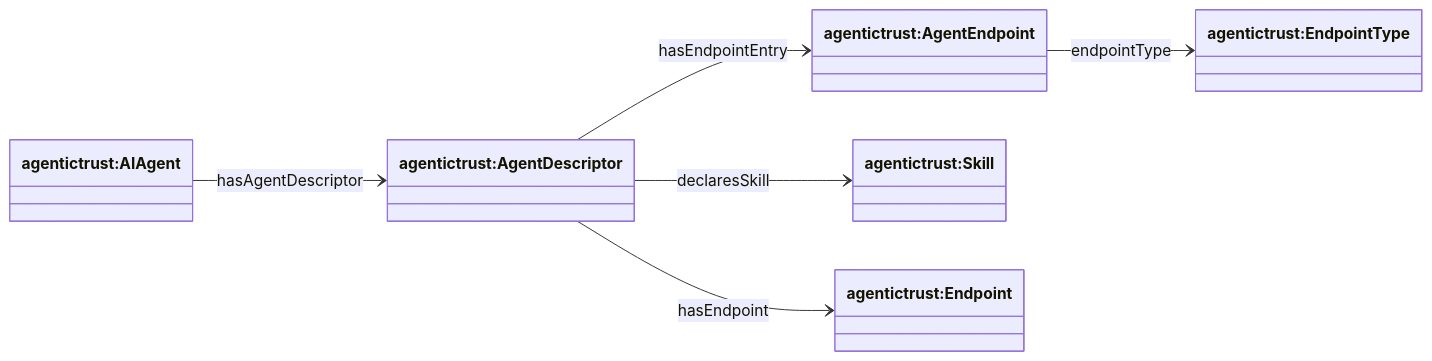
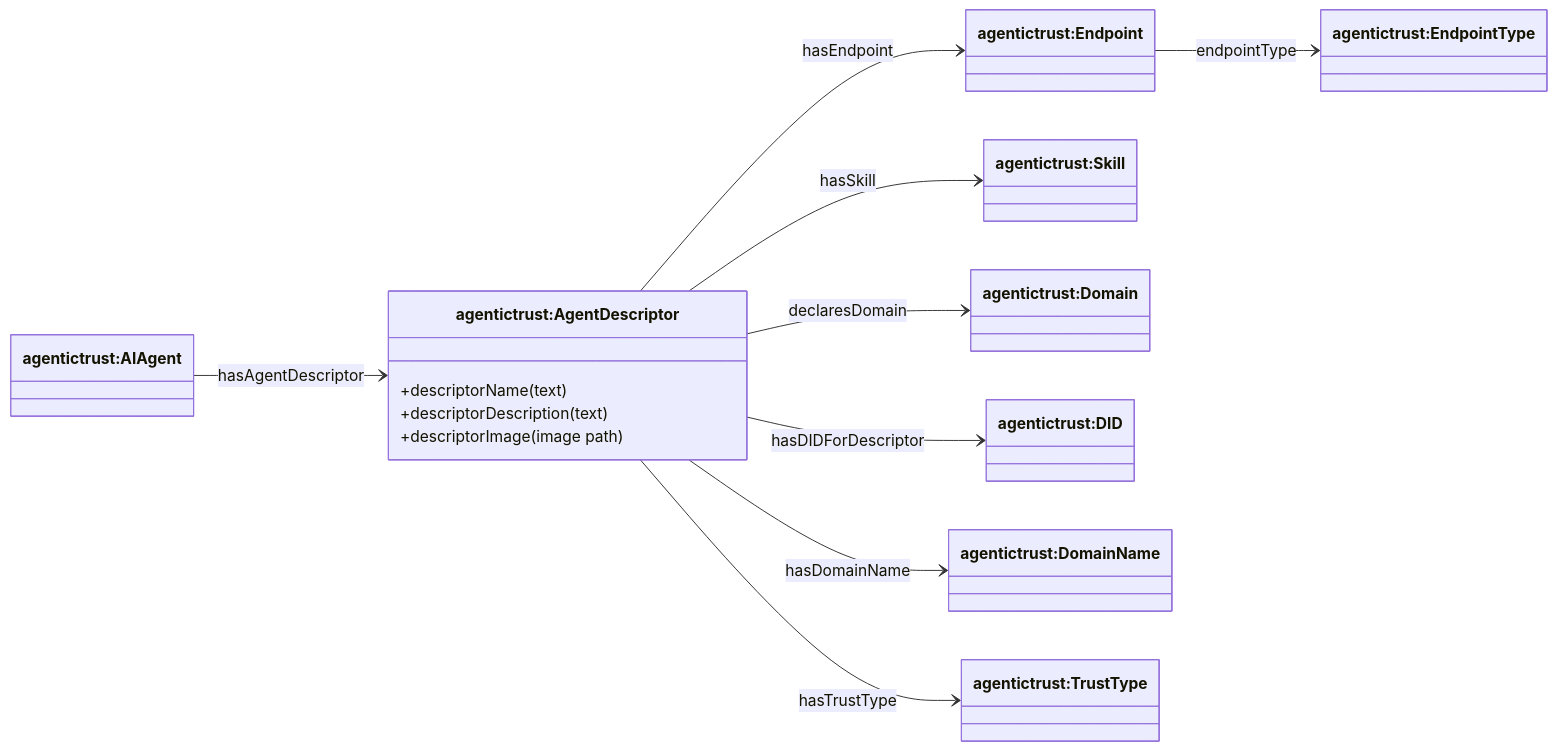
One commit to Agentic-Trust-Layer/agent-explorer changed the third of 5 diagrams in docs/ontology/descriptor.md. Above: the diagram before and after it, drawn with Mermaid. The commit also changed other lines of this file and 3 other files, not shown here.

````diff
--- a/docs/ontology/descriptor.md
+++ b/docs/ontology/descriptor.md
@@ -83,17 +87,26 @@
 ```mermaid
 classDiagram
 direction LR
 
 class AIAgent["agentictrust:AIAgent"]
 class AgentDescriptor["agentictrust:AgentDescriptor"]
-class AgentEndpoint["agentictrust:AgentEndpoint"]
+class Endpoint["agentictrust:Endpoint"]
 class EndpointType["agentictrust:EndpointType"]
 class Skill["agentictrust:Skill"]
-class Endpoint["agentictrust:Endpoint"]
+class Domain["agentictrust:Domain"]
+class DID["agentictrust:DID"]
+class DomainName["agentictrust:DomainName"]
+class TrustType["agentictrust:TrustType"]
 
 AIAgent --> AgentDescriptor : hasAgentDescriptor
-AgentDescriptor --> AgentEndpoint : hasEndpointEntry
-AgentEndpoint --> EndpointType : endpointType
-AgentDescriptor --> Skill : declaresSkill
 AgentDescriptor --> Endpoint : hasEndpoint
+Endpoint --> EndpointType : endpointType
+AgentDescriptor --> Skill : hasSkill
+AgentDescriptor --> Domain : declaresDomain
+AgentDescriptor --> DID : hasDIDForDescriptor
+AgentDescriptor --> DomainName : hasDomainName
+AgentDescriptor --> TrustType : hasTrustType
+AgentDescriptor : +descriptorName (text)
+AgentDescriptor : +descriptorDescription (text)
+AgentDescriptor : +descriptorImage (image path)
 ```
````
